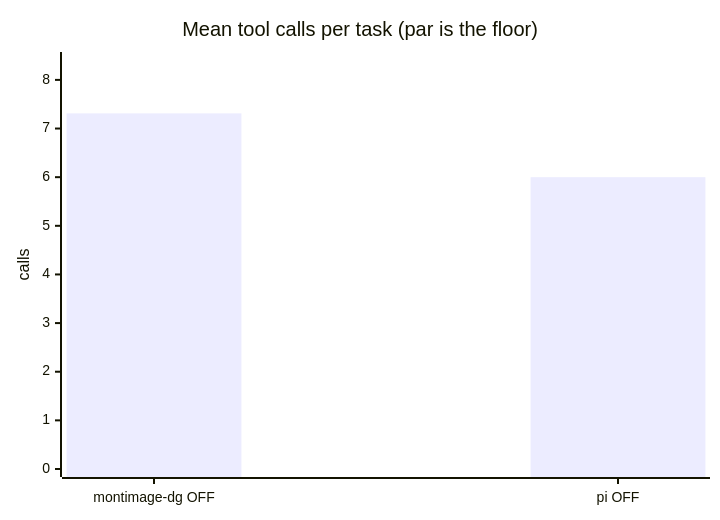
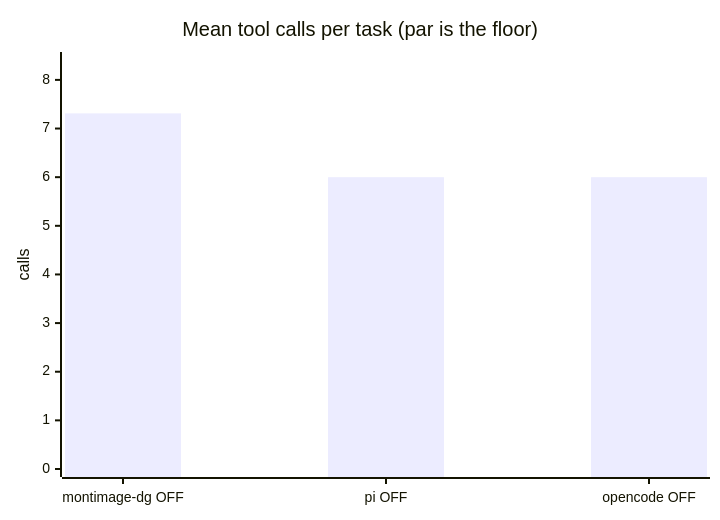
The fourth of 6 diagrams in results/2026-08-20-pi-harness/REPORT.md (luongnv89/dgx-spark-llm-lab), drawn with Mermaid before and after one commit. The commit also changed other lines of this file and 9 other files, not shown here.

````diff
--- a/results/2026-08-20-pi-harness/REPORT.md
+++ b/results/2026-08-20-pi-harness/REPORT.md
@@ -50,7 +51,7 @@
 ```mermaid
 xychart-beta
     title "Mean tool calls per task (par is the floor)"
-    x-axis ["montimage-dg OFF", "pi OFF"]
+    x-axis ["montimage-dg OFF", "pi OFF", "opencode OFF"]
     y-axis "calls" 0 --> 8.409
-    bar [7.312, 6]
+    bar [7.312, 6, 6]
 ```
````
